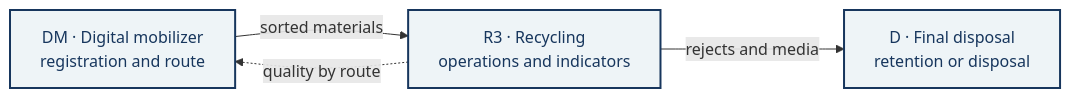
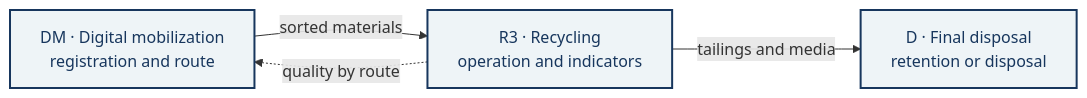
The fifth of 5 diagrams in _grupo/P3A/entregas/P3A_Privacidade2_Report_EN.md (cadu-unb/_POS-PPCA-GPTI_2026-2), drawn with Mermaid before and after one commit. The commit also changed other lines of this file and 5 other files, not shown here.

````diff
--- a/_grupo/P3A/entregas/P3A_Privacidade2_Report_EN.md
+++ b/_grupo/P3A/entregas/P3A_Privacidade2_Report_EN.md
@@ -258,8 +387,8 @@
 ```mermaid
 flowchart LR
-    DM["DM · Digital mobilizer<br/>registration and route"] -->|sorted materials| R3["R3 · Recycling<br/>operations and indicators"]
-    R3 -->|rejects and media| D["D · Final disposal<br/>retention or disposal"]
+    DM["DM · Digital mobilization<br/>registration and route"] -->|sorted materials| R3["R3 · Recycling<br/>operation and indicators"]
+    R3 -->|tailings and media| D["D · Final disposal<br/>retention or disposal"]
     R3 -. quality by route .-> DM
     classDef stage fill:#eef4f7,stroke:#17365d,stroke-width:2px,color:#17365d
     class DM,R3,D stage
 ```
````
